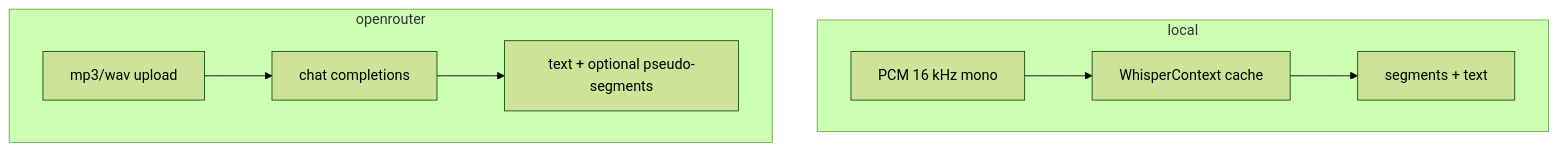
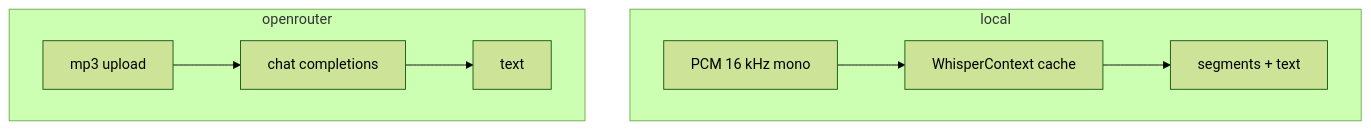
One commit to joe-broadhead/aurum changed the diagram in docs/guide/providers.md. Above: the diagram before and after it, drawn with Mermaid (forest theme). The commit also changed other lines of this file and 23 other files, not shown here.

````diff
--- a/docs/guide/providers.md
+++ b/docs/guide/providers.md
@@ -22,11 +52,11 @@
 ```mermaid
 flowchart TB
   subgraph local [local]
     A[PCM 16 kHz mono] --> B[WhisperContext cache]
     B --> C[segments + text]
   end
   subgraph remote [openrouter]
-    D[mp3/wav upload] --> E[chat completions]
-    E --> F[text + optional pseudo-segments]
+    D[mp3 upload] --> E[chat completions]
+    E --> F[text]
   end
 ```
````
